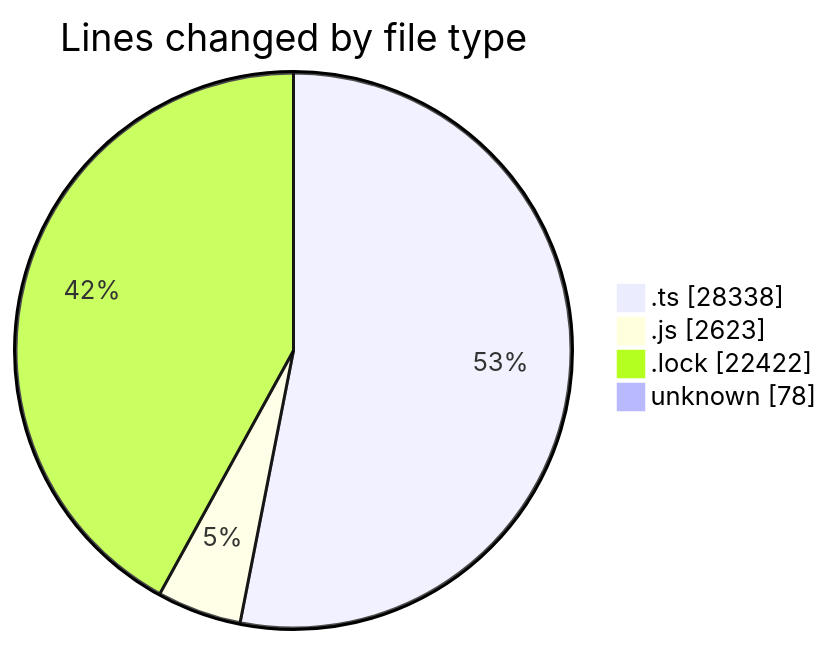
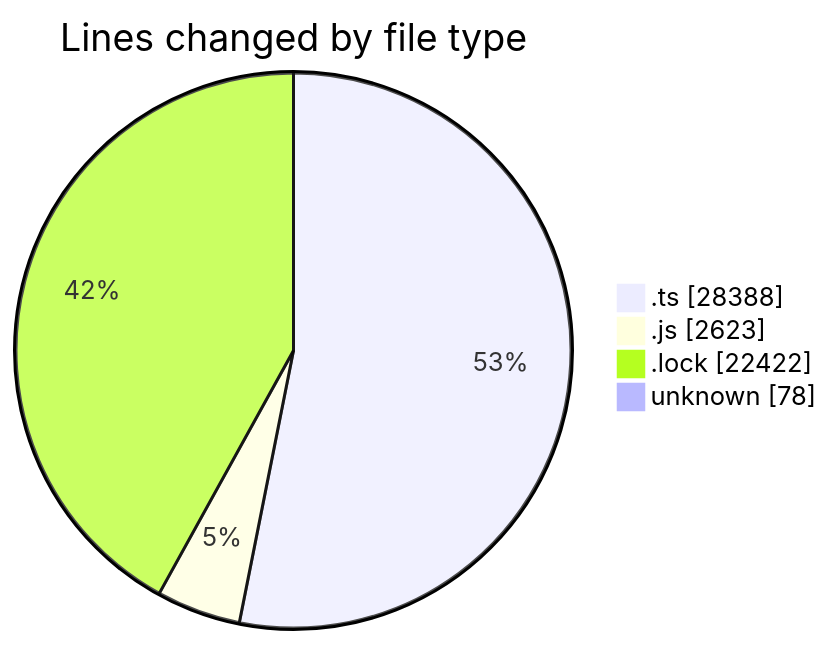
The first of 2 diagrams in 2025-05-20/cda/README.md (momahboobian/code-tracking), drawn with Mermaid before and after one commit. The commit also changed other lines of this file and 1 other file, not shown here.

````diff
--- a/2025-05-20/cda/README.md
+++ b/2025-05-20/cda/README.md
@@ -42,8 +42,8 @@
 ```mermaid
 pie showData
 title Lines changed by file type
-".ts" : 28338
+".ts" : 28388
 ".js" : 2623
 ".lock" : 22422
 "unknown" : 78
 ```
````
